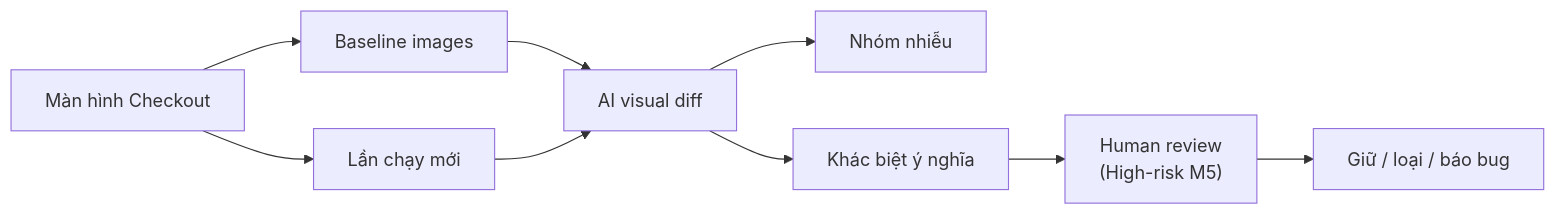
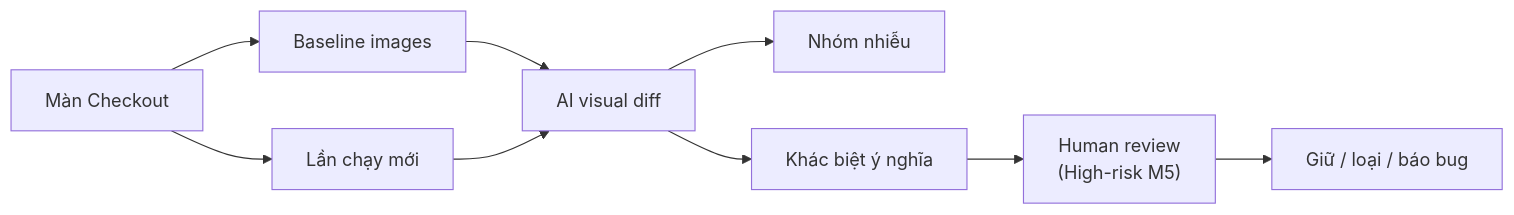
The second of 6 diagrams in docs/curriculum/MODULE-08-ecosystem-lab.md (heino-labs/gen-ai-labs), drawn with Mermaid before and after one commit. The commit also changed other lines of this file and 10 other files, not shown here.

Commit message:
Refactor MODULE-09-capstone.md and README.md for clarity and structure; enhance narrative flow and emphasize evidence-based learning in AI testing curriculum.

````diff
--- a/docs/curriculum/MODULE-08-ecosystem-lab.md
+++ b/docs/curriculum/MODULE-08-ecosystem-lab.md
@@ -91,11 +58,11 @@
 ```mermaid
 flowchart LR
-    APP["Màn hình Checkout"] --> BASE["Baseline images"]
+    APP["Màn Checkout"] --> BASE["Baseline images"]
     APP --> NEW["Lần chạy mới"]
     BASE --> DIFF["AI visual diff"]
     NEW --> DIFF
     DIFF --> NOISE["Nhóm nhiễu"]
     DIFF --> REAL["Khác biệt ý nghĩa"]
     REAL --> HUMAN["Human review<br/>(High-risk M5)"]
     HUMAN --> DEC["Giữ / loại / báo bug"]
 ```
````
